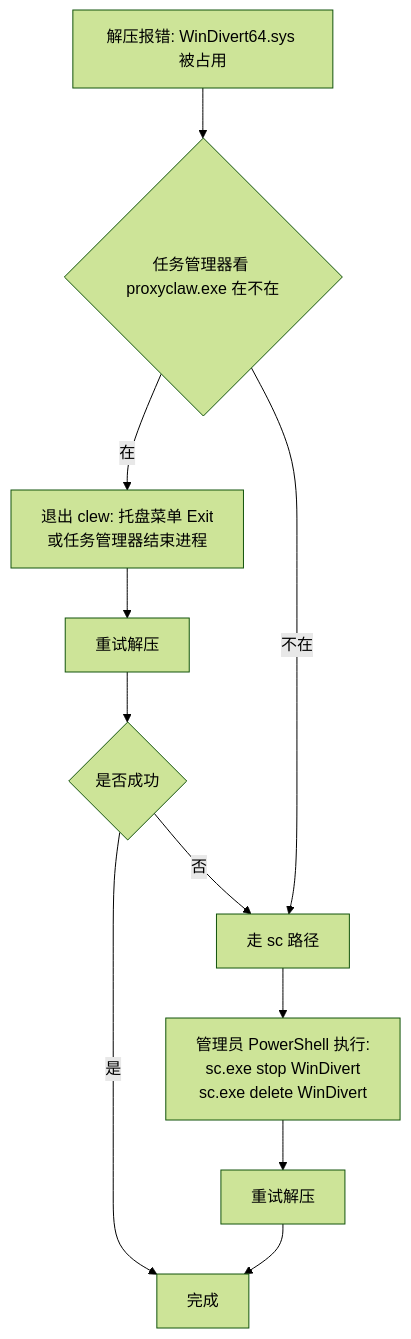
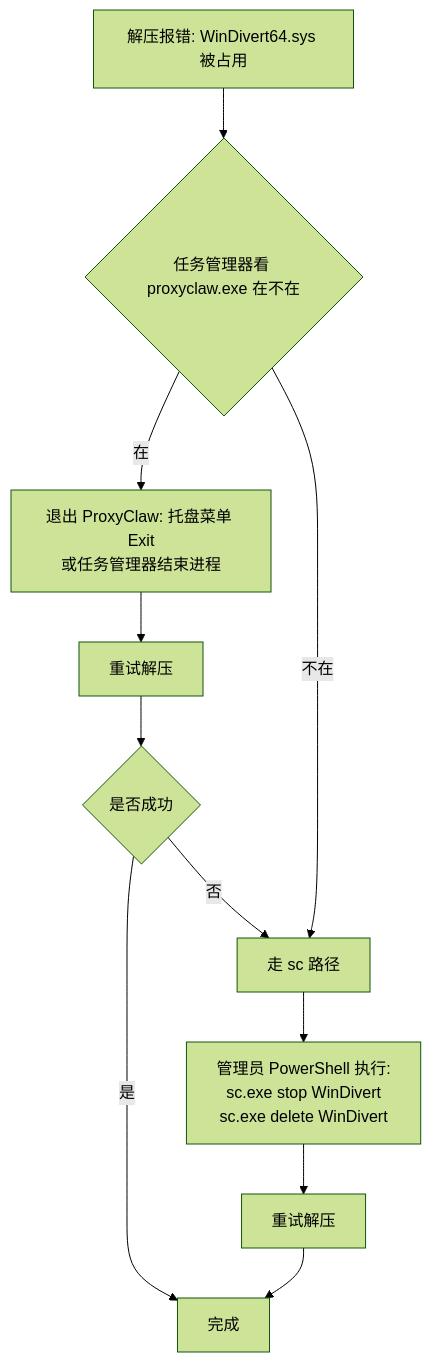
Before and after one commit to 906222304/proxyclaw: the diagram in docs/TROUBLESHOOTING.md, drawn with Mermaid (forest theme). The commit also changed other lines of this file and 18 other files, not shown here.

````diff
--- a/docs/TROUBLESHOOTING.md
+++ b/docs/TROUBLESHOOTING.md
@@ -45,13 +45,13 @@
 ```mermaid
 flowchart TD
     A[解压报错: WinDivert64.sys 被占用] --> B{任务管理器看 proxyclaw.exe 在不在}
-    B -->|在| C[退出 clew: 托盘菜单 Exit<br/>或任务管理器结束进程]
+    B -->|在| C[退出 ProxyClaw: 托盘菜单 Exit<br/>或任务管理器结束进程]
     C --> D[重试解压]
     D --> E{是否成功}
     E -->|是| F[完成]
     E -->|否| G[走 sc 路径]
     B -->|不在| G
     G --> H[管理员 PowerShell 执行:<br/>sc.exe stop WinDivert<br/>sc.exe delete WinDivert]
     H --> I[重试解压]
     I --> F
 ```
````
